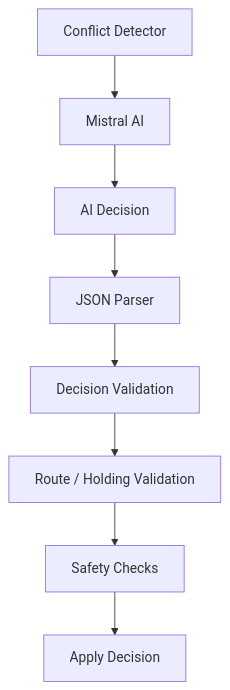
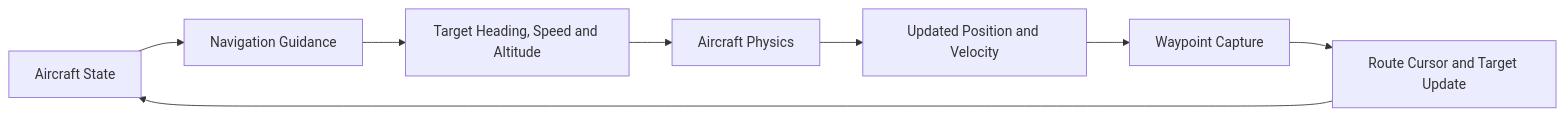
Before and after one commit to SK25397938/AviAi2: diagram 11 of 14 in README.md, drawn with Mermaid. The commit also changed other lines of this file, not shown here.

````diff
--- a/README.md
+++ b/README.md
@@ -286,10 +591,10 @@
 ```mermaid
-flowchart TD
-    A[Conflict Detector] --> B[Mistral AI]
-    B --> C[AI Decision]
-    C --> D[JSON Parser]
-    D --> E[Decision Validation]
-    E --> F[Route / Holding Validation]
-    F --> G[Safety Checks]
-    G --> H[Apply Decision]
+flowchart LR
+    A["Aircraft State"] --> B["Navigation Guidance"]
+    B --> C["Target Heading, Speed and Altitude"]
+    C --> D["Aircraft Physics"]
+    D --> E["Updated Position and Velocity"]
+    E --> F["Waypoint Capture"]
+    F --> G["Route Cursor and Target Update"]
+    G --> A
 ```
````
